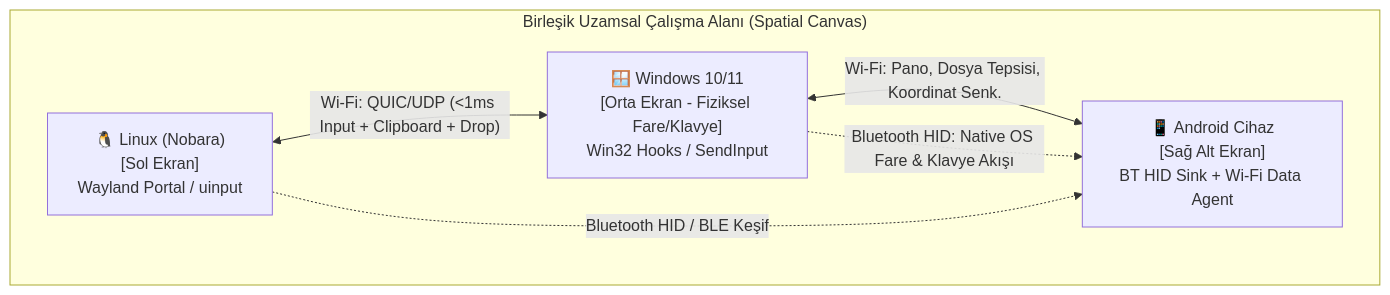
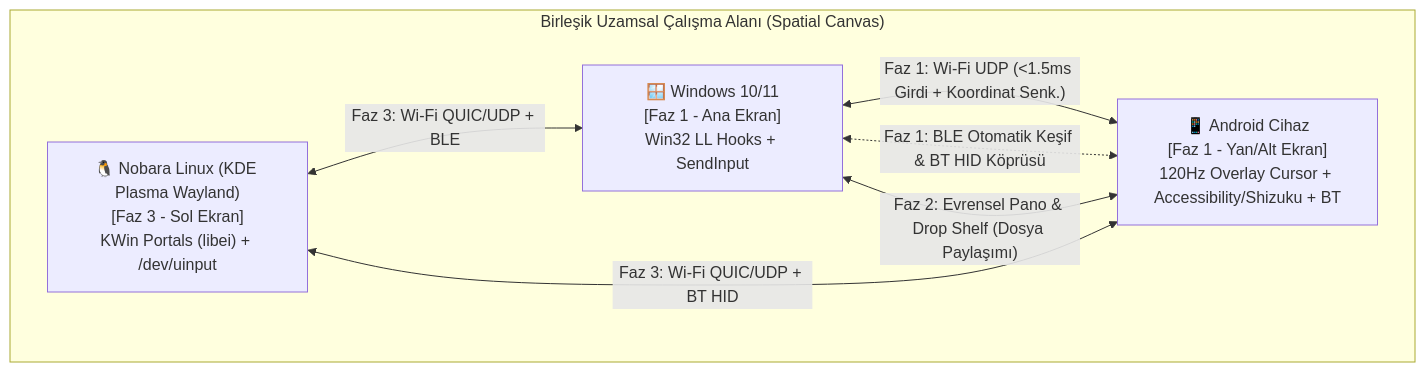
One commit to korgangames/Connect-Me changed the first of 2 diagrams in docs/ADD.md. Above: the diagram before and after it, drawn with Mermaid. The commit also changed other lines of this file and 1 other file, not shown here.

Commit message:
docs: update ADD v1.1 for Windows-Android Phase 1 and Nobara KDE Plasma Wayland

````diff
--- a/docs/ADD.md
+++ b/docs/ADD.md
@@ -26,14 +26,15 @@
 ```mermaid
 flowchart TB
     subgraph Workspace["Birleşik Uzamsal Çalışma Alanı (Spatial Canvas)"]
         direction LR
-        Linux["🐧 Linux (Nobara)\n[Sol Ekran]\nWayland Portal / uinput"]
-        Windows["🪟 Windows 10/11\n[Orta Ekran - Fiziksel Fare/Klavye]\nWin32 Hooks / SendInput"]
-        Android["📱 Android Cihaz\n[Sağ Alt Ekran]\nBT HID Sink + Wi-Fi Data Agent"]
+        Linux["🐧 Nobara Linux (KDE Plasma Wayland)\n[Faz 3 - Sol Ekran]\nKWin Portals (libei) + /dev/uinput"]
+        Windows["🪟 Windows 10/11\n[Faz 1 - Ana Ekran]\nWin32 LL Hooks + SendInput"]
+        Android["📱 Android Cihaz\n[Faz 1 - Yan/Alt Ekran]\n120Hz Overlay Cursor + Accessibility/Shizuku + BT"]
     end
 
-    Linux <-->|"Wi-Fi: QUIC/UDP (<1ms Input + Clipboard + Drop)"| Windows
-    Windows <-->|"Wi-Fi: Pano, Dosya Tepsisi, Koordinat Senk."| Android
-    Windows -.->|"Bluetooth HID: Native OS Fare & Klavye Akışı"| Android
-    Linux -.->|"Bluetooth HID / BLE Keşif"| Android
+    Windows <-->|"Faz 1: Wi-Fi UDP (<1.5ms Girdi + Koordinat Senk.)"| Android
+    Windows <-.->|"Faz 1: BLE Otomatik Keşif & BT HID Köprüsü"| Android
+    Windows <-->|"Faz 2: Evrensel Pano & Drop Shelf (Dosya Paylaşımı)"| Android
+    Linux <-->|"Faz 3: Wi-Fi QUIC/UDP + BLE"| Windows
+    Linux <-->|"Faz 3: Wi-Fi QUIC/UDP + BT HID"| Android
 ```
````
